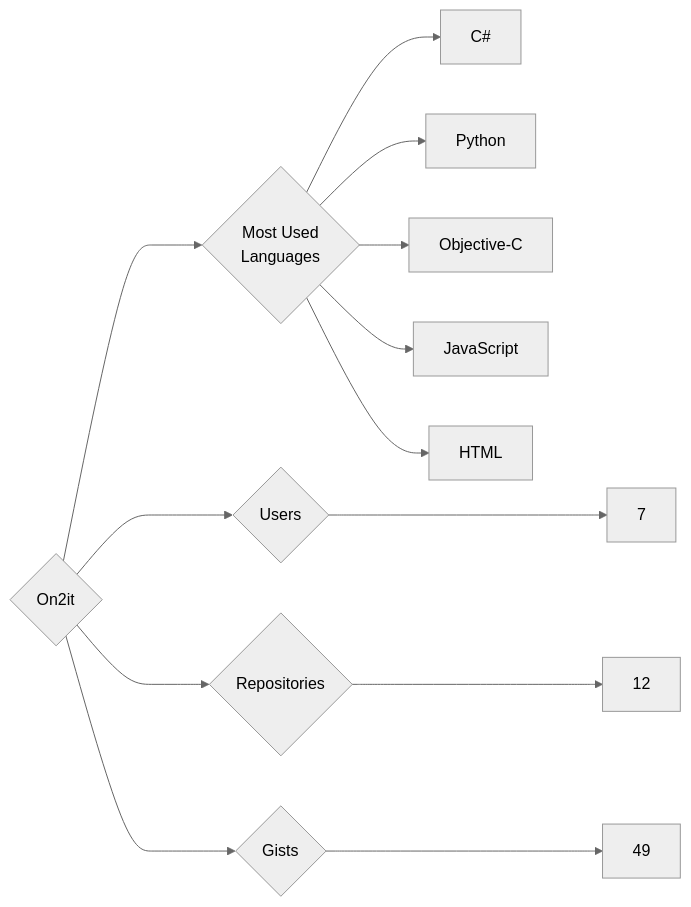
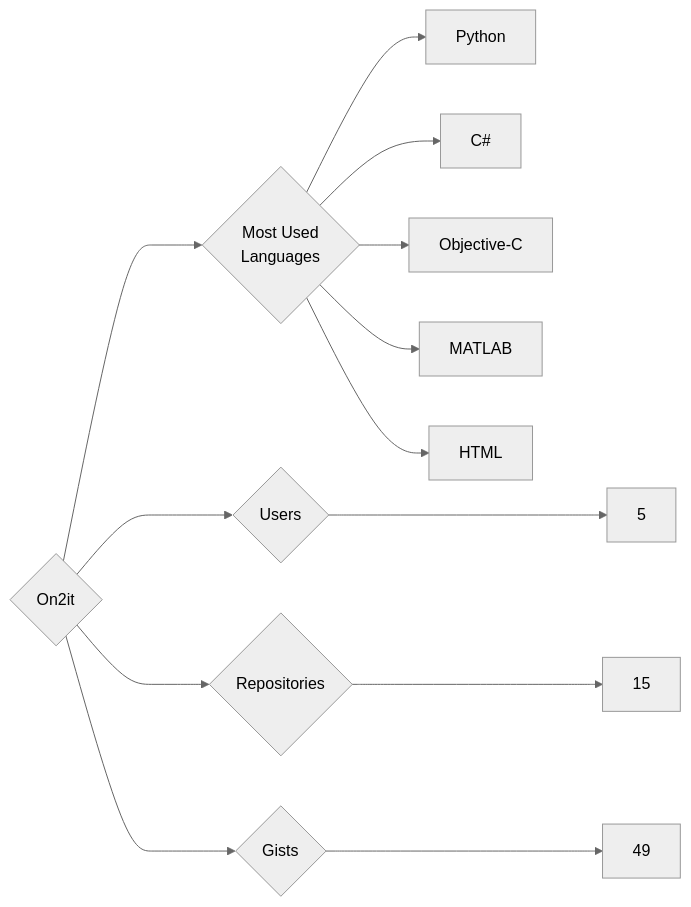
The diagram in targets/On2it/README.md (trickest/insiders), drawn with Mermaid (neutral theme) before and after one commit. The commit also changed 1508 other files, not shown here.

````diff
--- a/targets/On2it/README.md
+++ b/targets/On2it/README.md
@@ -3,13 +3,13 @@
 ```mermaid
 graph LR
 COMPANY_NAME{On2it}
-COMPANY_NAME ---> U{Users} ---> UN[7]
-COMPANY_NAME ---> R{Repositories} ---> RN[12]
+COMPANY_NAME ---> U{Users} ---> UN[5]
+COMPANY_NAME ---> R{Repositories} ---> RN[15]
 COMPANY_NAME ---> G{Gists} ---> GN[49]
 COMPANY_NAME ---> ML{Most Used<br>Languages}
+ML --> Python[Python]
 ML --> C#[C#]
-ML --> Python[Python]
 ML --> Objective-C[Objective-C]
-ML --> JavaScript[JavaScript]
+ML --> MATLAB[MATLAB]
 ML --> HTML[HTML]
 ```
````
